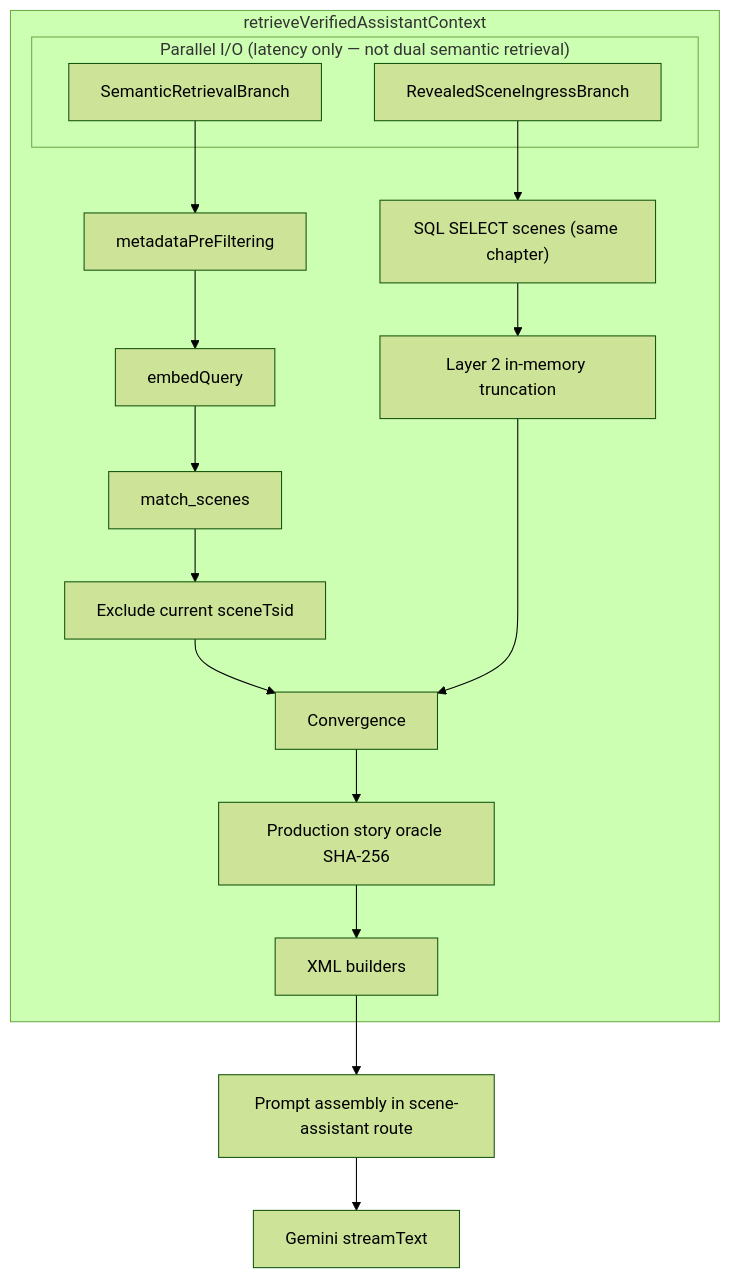
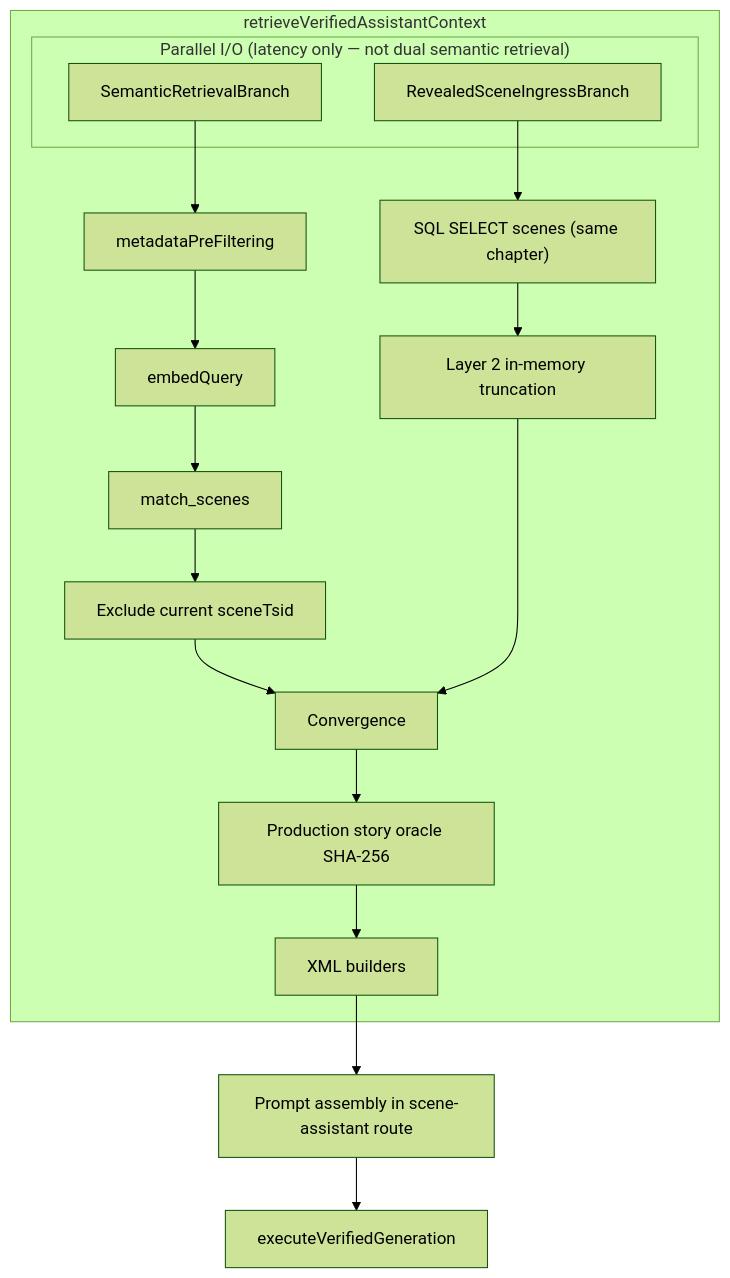
The diagram in docs/adr/002-hybrid-rag-retrieval.md (yoghourt/Raree-show-web), drawn with Mermaid (forest theme) before and after one commit. The commit also changed other lines of this file and 5 other files, not shown here.

````diff
--- a/docs/adr/002-hybrid-rag-retrieval.md
+++ b/docs/adr/002-hybrid-rag-retrieval.md
@@ -60,21 +60,21 @@
 ```mermaid
 flowchart TB
   subgraph ingress [retrieveVerifiedAssistantContext]
     subgraph parallelIO ["Parallel I/O (latency only — not dual semantic retrieval)"]
       branchA[SemanticRetrievalBranch]
       branchB[RevealedSceneIngressBranch]
     end
     branchA --> sqlGate[metadataPreFiltering]
     sqlGate --> embed[embedQuery]
     embed --> vector[match_scenes]
     vector --> excludeCurrent[Exclude current sceneTsid]
     branchB --> sqlRead["SQL SELECT scenes (same chapter)"]
     sqlRead --> layer2["Layer 2 in-memory truncation"]
     excludeCurrent --> converge[Convergence]
     layer2 --> converge
     converge --> oracle[Production story oracle SHA-256]
     oracle --> xmlOut[XML builders]
   end
   xmlOut --> promptAsm[Prompt assembly in scene-assistant route]
-  promptAsm --> gemini[Gemini streamText]
+  promptAsm --> generation[executeVerifiedGeneration]
 ```
````
